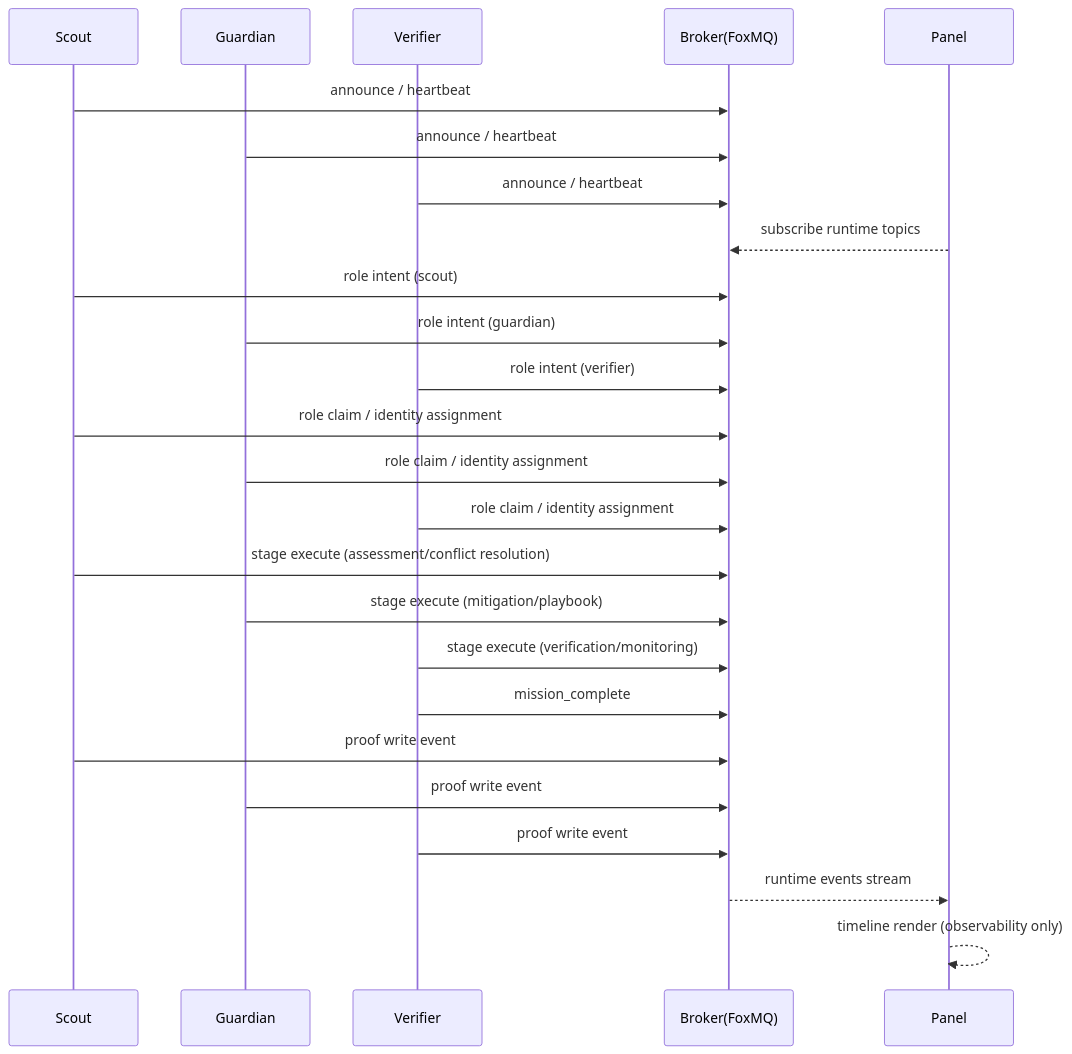
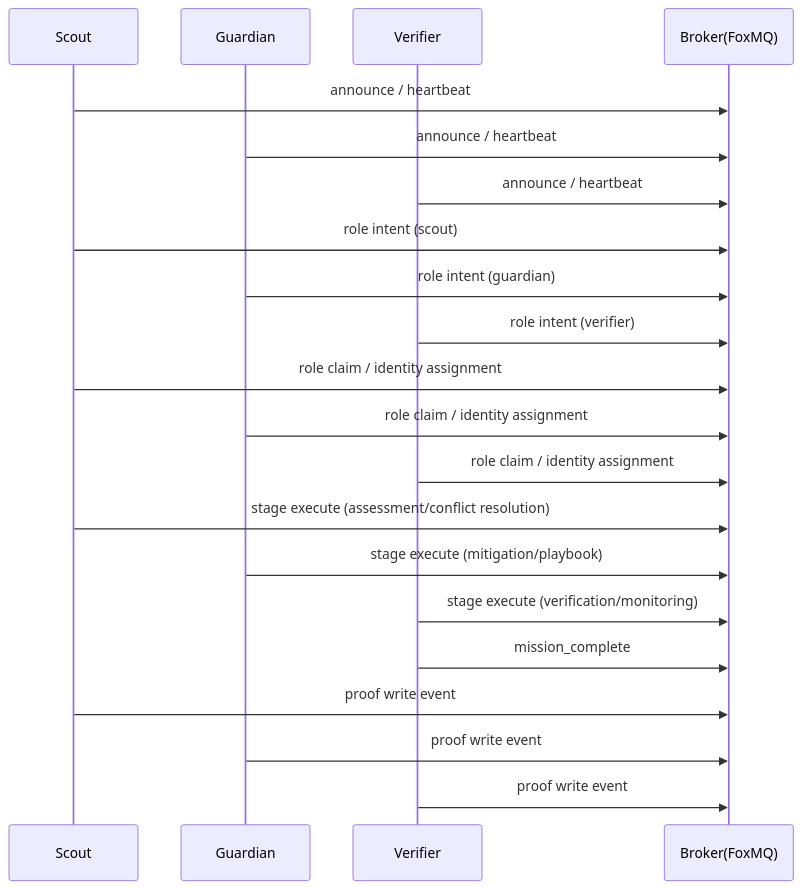
Before and after one commit to shui-nirvana/vertex_swarm_track3: the second of 2 diagrams in README.md, drawn with Mermaid. The commit also changed other lines of this file, not shown here.

````diff
--- a/README.md
+++ b/README.md
@@ -45,33 +68,28 @@
 ```mermaid
 sequenceDiagram
     participant S as Scout
     participant G as Guardian
     participant V as Verifier
     participant B as Broker(FoxMQ)
-    participant P as Panel
 
     S->>B: announce / heartbeat
     G->>B: announce / heartbeat
     V->>B: announce / heartbeat
-    P-->>B: subscribe runtime topics
 
     S->>B: role intent (scout)
     G->>B: role intent (guardian)
     V->>B: role intent (verifier)
 
     S->>B: role claim / identity assignment
     G->>B: role claim / identity assignment
     V->>B: role claim / identity assignment
 
     S->>B: stage execute (assessment/conflict resolution)
     G->>B: stage execute (mitigation/playbook)
     V->>B: stage execute (verification/monitoring)
 
     V->>B: mission_complete
     S->>B: proof write event
     G->>B: proof write event
     V->>B: proof write event
-
-    B-->>P: runtime events stream
-    P-->>P: timeline render (observability only)
 ```
````
